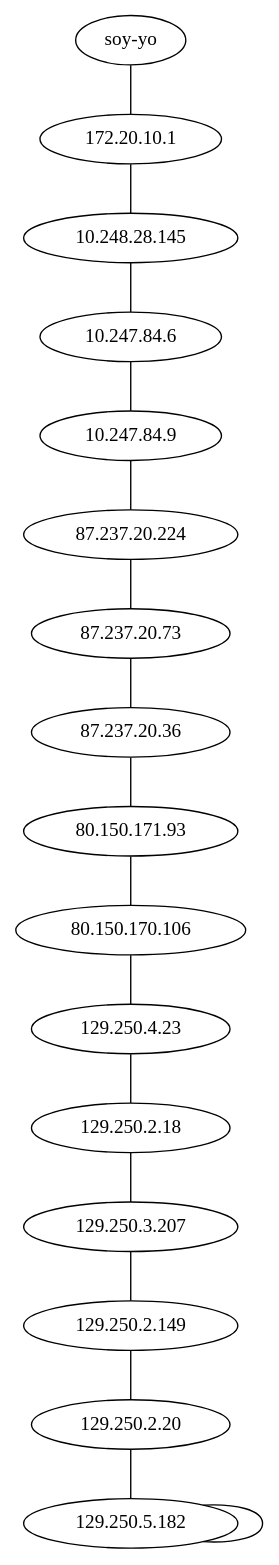
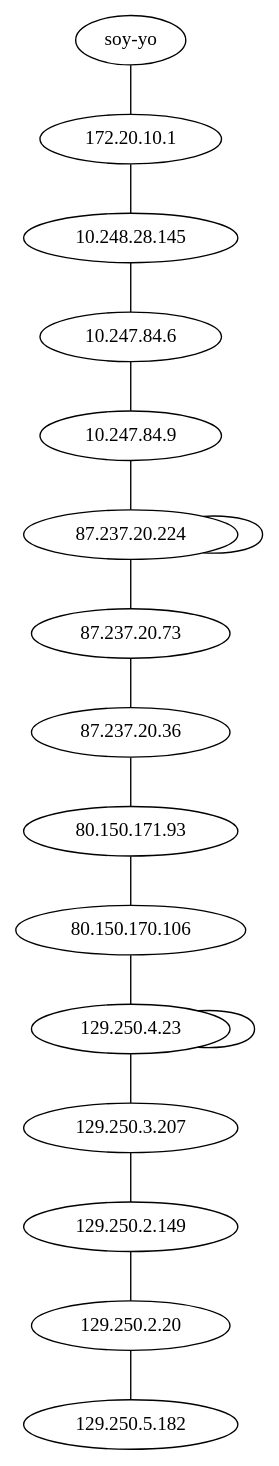
The diagram in example.dot (deanturpin/hosts2dot), drawn with Graphviz before and after one commit. The commit also changed 4 other files, not shown here.

```diff
--- a/example.dot
+++ b/example.dot
@@ -1,4 +1,4 @@
 strict graph {
-	"soy-yo" -- "172.20.10.1" -- "10.248.28.145" -- "10.247.84.6" -- "10.247.84.9" -- "87.237.20.224" -- "87.237.20.73" -- "87.237.20.36" // google.com
-	"soy-yo" -- "172.20.10.1" -- "10.248.28.145" -- "10.247.84.6" -- "10.247.84.9" -- "87.237.20.224" -- "87.237.20.73" -- "87.237.20.36" -- "80.150.171.93" -- "80.150.170.106" -- "129.250.4.23" -- "129.250.2.18" -- "129.250.3.207" -- "129.250.2.149" -- "129.250.2.20" -- "129.250.5.182" -- "129.250.5.182" // github.com
+	"soy-yo" -- "172.20.10.1" -- "10.248.28.145" -- "10.247.84.6" -- "10.247.84.9" -- "87.237.20.224" -- "87.237.20.224" -- "87.237.20.73" -- "87.237.20.36" // google.com
+	"soy-yo" -- "172.20.10.1" -- "10.248.28.145" -- "10.247.84.6" -- "10.247.84.9" -- "87.237.20.224" -- "87.237.20.73" -- "87.237.20.36" -- "80.150.171.93" -- "80.150.170.106" -- "129.250.4.23" -- "129.250.4.23" -- "129.250.3.207" -- "129.250.2.149" -- "129.250.2.20" -- "129.250.5.182" // github.com
 }
```
